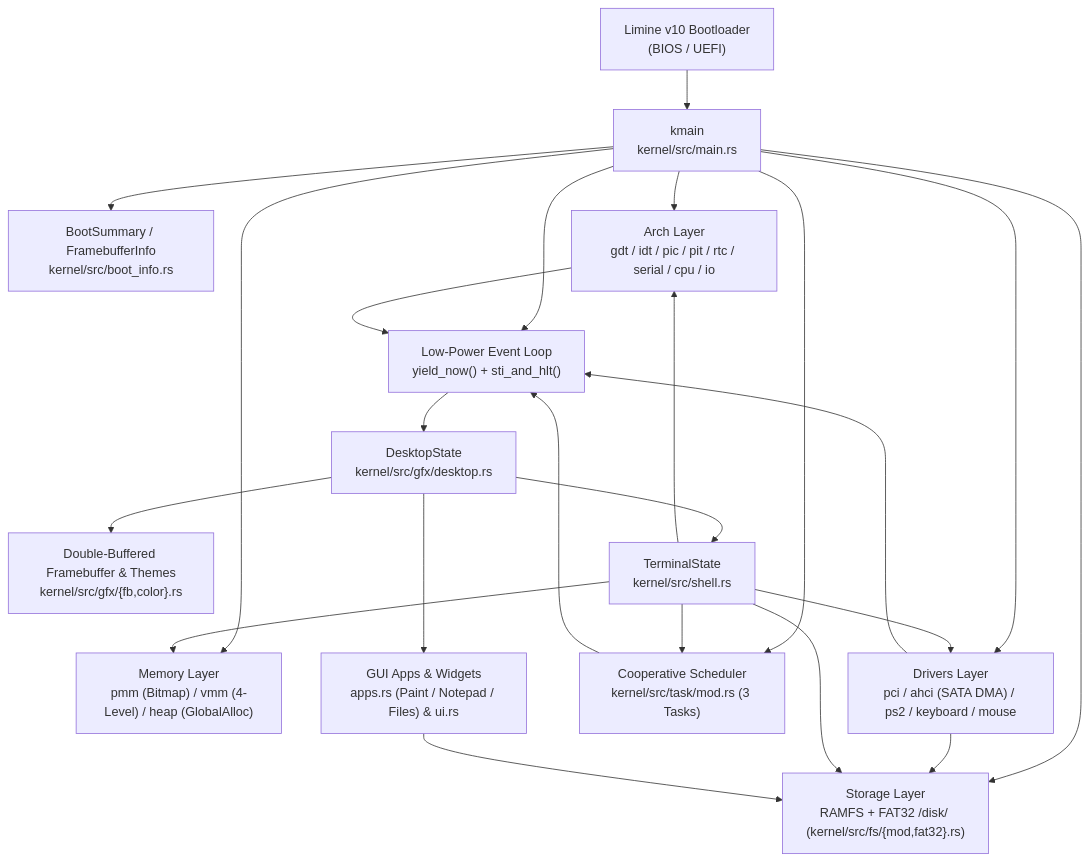
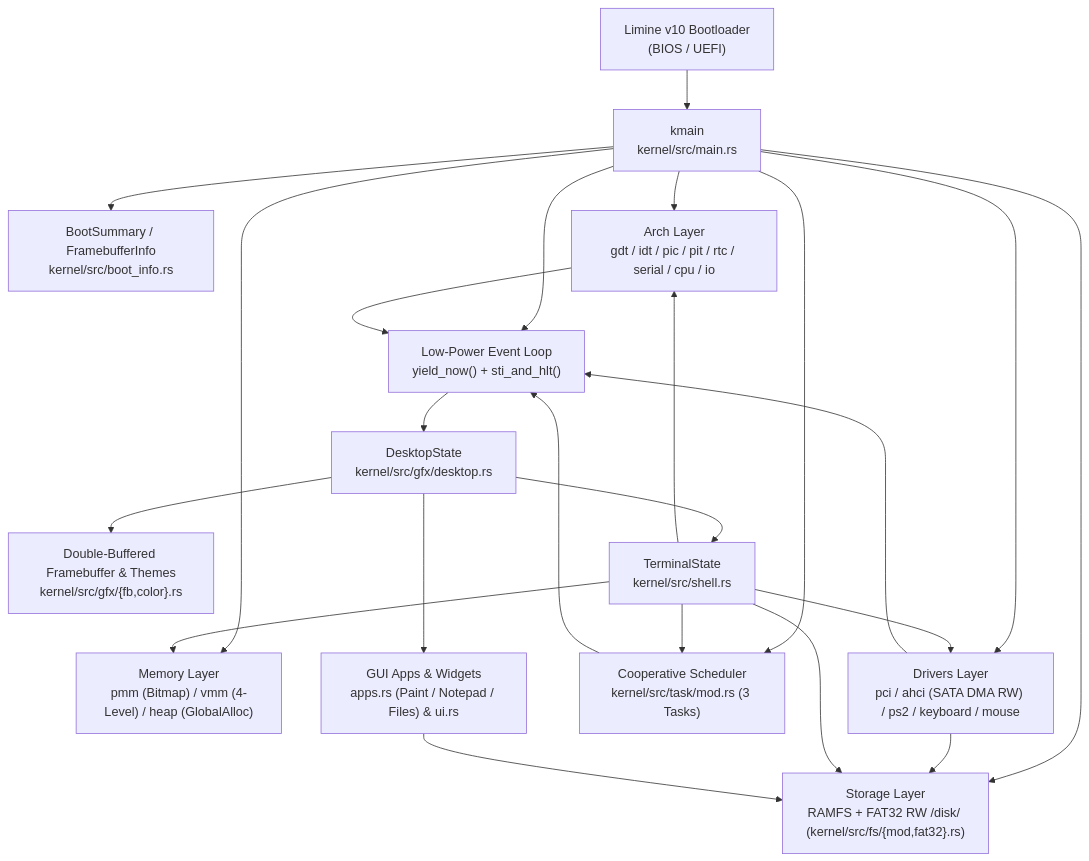
One commit to wmsir/wmos changed the first of 2 diagrams in docs/DESIGN.md. Above: the diagram before and after it, drawn with Mermaid. The commit also changed other lines of this file and 9 other files, not shown here.

Commit message:
feat(v4.0.0): add AHCI DMA write, FAT32 disk persistence, and reboot CI verification

````diff
--- a/docs/DESIGN.md
+++ b/docs/DESIGN.md
@@ -26,26 +26,26 @@
 ```mermaid
 flowchart TD
     Boot["Limine v10 Bootloader\n(BIOS / UEFI)"] --> Entry["kmain\nkernel/src/main.rs"]
     Entry --> BootInfo["BootSummary / FramebufferInfo\nkernel/src/boot_info.rs"]
     Entry --> Arch["Arch Layer\ngdt / idt / pic / pit / rtc / serial / cpu / io"]
     Entry --> Mem["Memory Layer\npmm (Bitmap) / vmm (4-Level) / heap (GlobalAlloc)"]
-    Entry --> Drivers["Drivers Layer\npci / ahci (SATA DMA) / ps2 / keyboard / mouse"]
-    Entry --> FS["Storage Layer\nRAMFS + FAT32 /disk/ (kernel/src/fs/{mod,fat32}.rs)"]
+    Entry --> Drivers["Drivers Layer\npci / ahci (SATA DMA RW) / ps2 / keyboard / mouse"]
+    Entry --> FS["Storage Layer\nRAMFS + FAT32 RW /disk/ (kernel/src/fs/{mod,fat32}.rs)"]
     Entry --> Task["Cooperative Scheduler\nkernel/src/task/mod.rs (3 Tasks)"]
     Entry --> Loop["Low-Power Event Loop\nyield_now() + sti_and_hlt()"]
 
     Drivers --> FS
     Drivers --> Loop
     Arch --> Loop
     Task --> Loop
     Loop --> Desktop["DesktopState\nkernel/src/gfx/desktop.rs"]
     Desktop --> FB["Double-Buffered Framebuffer & Themes\nkernel/src/gfx/{fb,color}.rs"]
     Desktop --> Apps["GUI Apps & Widgets\napps.rs (Paint / Notepad / Files) & ui.rs"]
     Desktop --> Shell["TerminalState\nkernel/src/shell.rs"]
     Shell --> FS
     Shell --> Mem
     Shell --> Drivers
     Shell --> Task
     Shell --> Arch
     Apps --> FS
 ```
````
